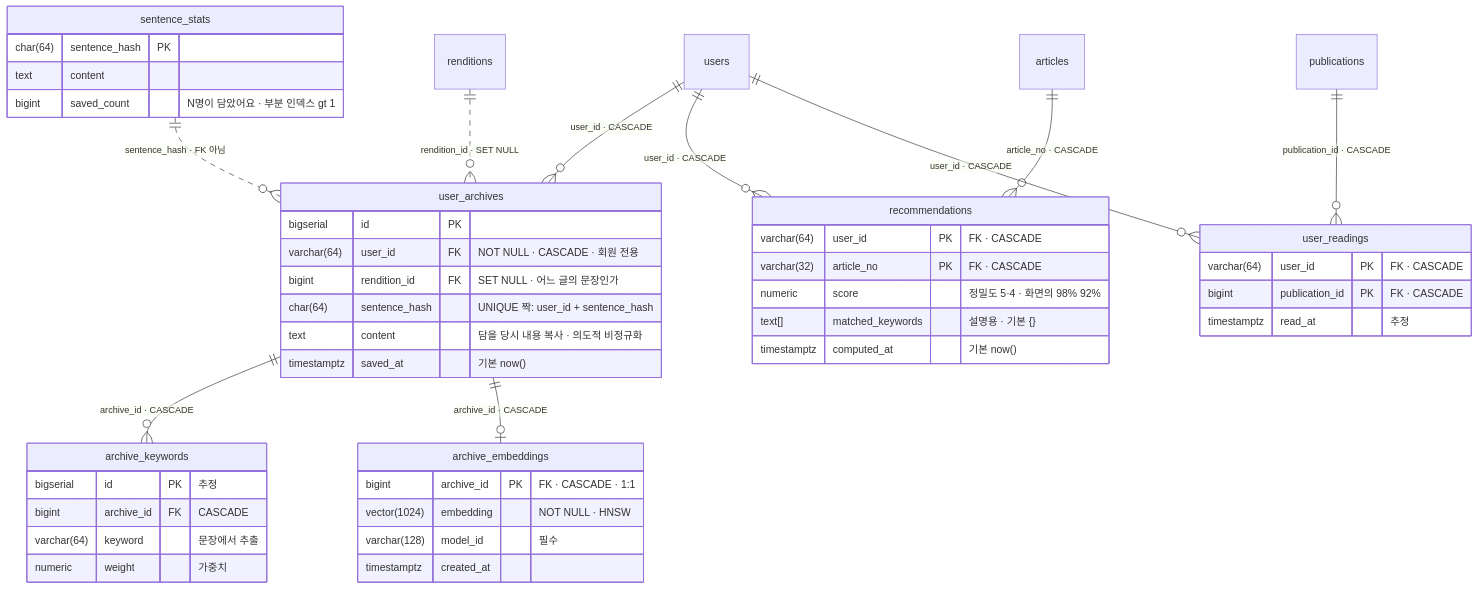
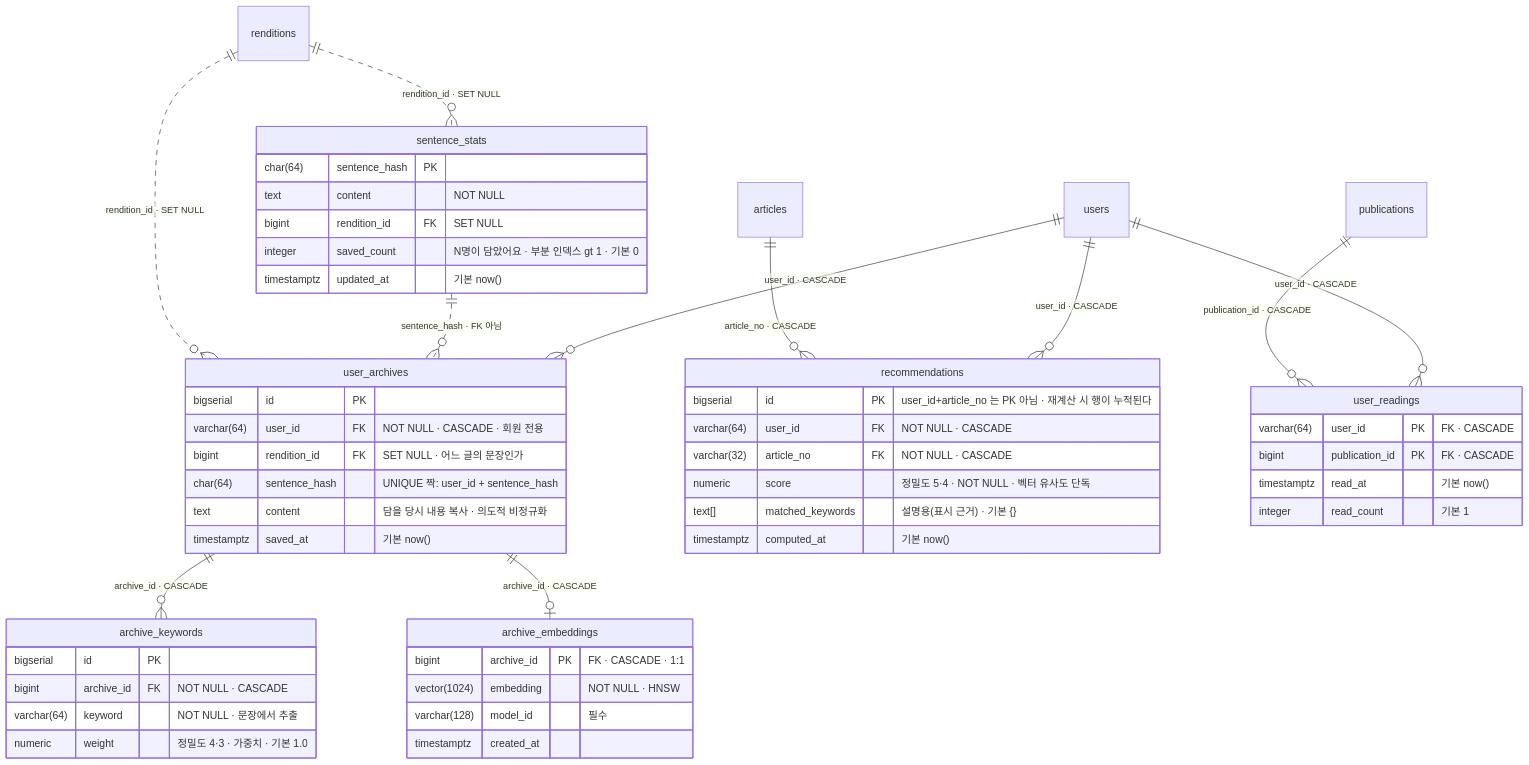
The diagram in docs/architecture/lens-erd-src/07-archive.mmd (sedaily-ai/AILENS), drawn with Mermaid before and after one commit. The commit also changed 14 other files, not shown here.

First line of the commit message:
docs(db): 원본 lens_schema.sql 확보 후 ERD 전체 대조·정정

```diff
--- a/docs/architecture/lens-erd-src/07-archive.mmd
+++ b/docs/architecture/lens-erd-src/07-archive.mmd
@@ -1,48 +1,53 @@
 erDiagram
   user_archives {
     bigserial id PK
     varchar(64) user_id FK "NOT NULL · CASCADE · 회원 전용"
     bigint rendition_id FK "SET NULL · 어느 글의 문장인가"
     char(64) sentence_hash "UNIQUE 짝: user_id + sentence_hash"
     text content "담을 당시 내용 복사 · 의도적 비정규화"
     timestamptz saved_at "기본 now()"
   }
   sentence_stats {
     char(64) sentence_hash PK
-    text content
-    bigint saved_count "N명이 담았어요 · 부분 인덱스 gt 1"
+    text content "NOT NULL"
+    bigint rendition_id FK "SET NULL"
+    integer saved_count "N명이 담았어요 · 부분 인덱스 gt 1 · 기본 0"
+    timestamptz updated_at "기본 now()"
   }
   archive_keywords {
-    bigserial id PK "추정"
-    bigint archive_id FK "CASCADE"
-    varchar(64) keyword "문장에서 추출"
-    numeric weight "가중치"
+    bigserial id PK
+    bigint archive_id FK "NOT NULL · CASCADE"
+    varchar(64) keyword "NOT NULL · 문장에서 추출"
+    numeric weight "정밀도 4·3 · 가중치 · 기본 1.0"
   }
   archive_embeddings {
     bigint archive_id PK "FK · CASCADE · 1:1"
     vector(1024) embedding "NOT NULL · HNSW"
     varchar(128) model_id "필수"
     timestamptz created_at
   }
   recommendations {
-    varchar(64) user_id PK "FK · CASCADE"
-    varchar(32) article_no PK "FK · CASCADE"
-    numeric score "정밀도 5·4 · 화면의 98% 92%"
-    text[] matched_keywords "설명용 · 기본 {}"
+    bigserial id PK "user_id+article_no 는 PK 아님 · 재계산 시 행이 누적된다"
+    varchar(64) user_id FK "NOT NULL · CASCADE"
+    varchar(32) article_no FK "NOT NULL · CASCADE"
+    numeric score "정밀도 5·4 · NOT NULL · 벡터 유사도 단독"
+    text[] matched_keywords "설명용(표시 근거) · 기본 {}"
     timestamptz computed_at "기본 now()"
   }
   user_readings {
     varchar(64) user_id PK "FK · CASCADE"
     bigint publication_id PK "FK · CASCADE"
-    timestamptz read_at "추정"
+    timestamptz read_at "기본 now()"
+    integer read_count "기본 1"
   }
 
   users ||--o{ user_archives : "user_id · CASCADE"
   user_archives ||--o{ archive_keywords : "archive_id · CASCADE"
   user_archives ||--o| archive_embeddings : "archive_id · CASCADE"
   sentence_stats ||..o{ user_archives : "sentence_hash · FK 아님"
   renditions ||..o{ user_archives : "rendition_id · SET NULL"
+  renditions ||..o{ sentence_stats : "rendition_id · SET NULL"
   users ||--o{ recommendations : "user_id · CASCADE"
   articles ||--o{ recommendations : "article_no · CASCADE"
   users ||--o{ user_readings : "user_id · CASCADE"
   publications ||--o{ user_readings : "publication_id · CASCADE"
```
